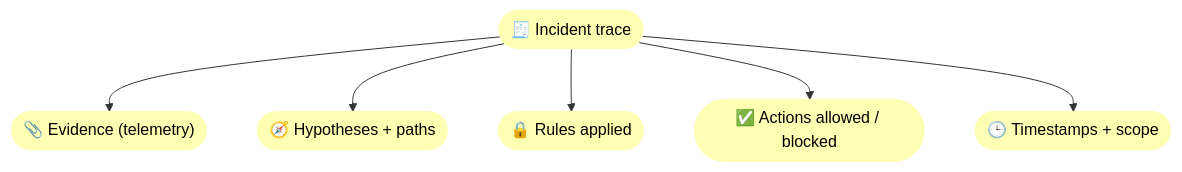
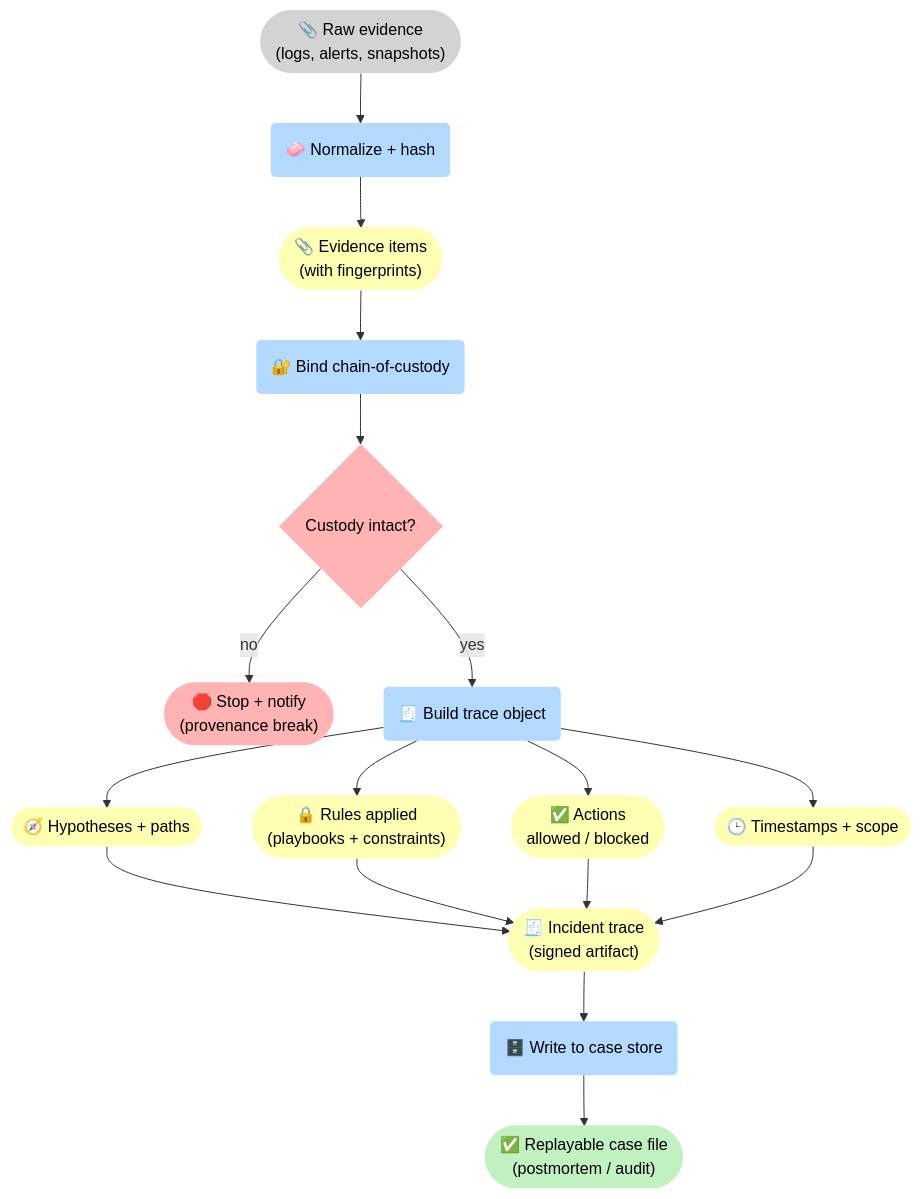
One commit to 5Reasons/5reasons.github.io changed the second of 3 diagrams in docs/case-studies/cybersecurity.md. Above: the diagram before and after it, drawn with Mermaid. The commit also changed other lines of this file and 8 other files, not shown here.

First line of the commit message:
Enhance case studies with detailed flowcharts and explicit gates

````diff
--- a/docs/case-studies/cybersecurity.md
+++ b/docs/case-studies/cybersecurity.md
@@ -95,25 +130,45 @@
 ```mermaid
 flowchart TB
 %% Styles (brModel Standard)
 classDef i fill:#D3D3D3,stroke-width:0px,color:#000;
 classDef p fill:#B3D9FF,stroke-width:0px,color:#000;
 classDef r fill:#FFFFB3,stroke-width:0px,color:#000;
 classDef o fill:#C1F0C1,stroke-width:0px,color:#000;
 classDef s fill:#FFB3B3,stroke-width:0px,color:#000;
 
-R_T(["🧾 Incident trace"]):::r
-R_EV(["📎 Evidence (telemetry)"]):::r
+I_Ev(["📎 Raw evidence<br>(logs, alerts, snapshots)"]):::i
+P_Norm("🧼 Normalize + hash"):::p
+R_Ev(["📎 Evidence items<br>(with fingerprints)"]):::r
+
+P_Cust("🔐 Bind chain-of-custody"):::p
+G_Cust{"Custody intact?"}:::s
+S_Stop(["🛑 Stop + notify<br>(provenance break)"]):::s
+
+P_Build("🧾 Build trace object"):::p
 R_H(["🧭 Hypotheses + paths"]):::r
-R_RU(["🔒 Rules applied"]):::r
-R_AC(["✅ Actions allowed / blocked"]):::r
+R_RU(["🔒 Rules applied<br>(playbooks + constraints)"]):::r
+R_AC(["✅ Actions<br>allowed / blocked"]):::r
 R_TS(["🕒 Timestamps + scope"]):::r
+R_T(["🧾 Incident trace<br>(signed artifact)"]):::r
 
-R_T --> R_EV
-R_T --> R_H
-R_T --> R_RU
-R_T --> R_AC
-R_T --> R_TS
+P_Store("🗄️ Write to case store"):::p
+O_Case(["✅ Replayable case file<br>(postmortem / audit)"]):::o
+
+I_Ev --> P_Norm --> R_Ev --> P_Cust --> G_Cust
+G_Cust -->|"no"| S_Stop
+G_Cust -->|"yes"| P_Build
+
+P_Build --> R_H
+P_Build --> R_RU
+P_Build --> R_AC
+P_Build --> R_TS
+R_H --> R_T
+R_RU --> R_T
+R_AC --> R_T
+R_TS --> R_T
+
+R_T --> P_Store --> O_Case
 
 %% Clickable nodes
 click R_T "/methodology/brcausalgraphrag/" "Trace objects"
 ```
````
